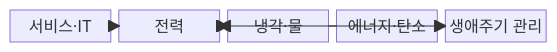
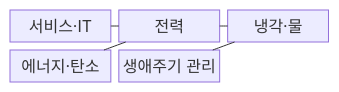
The first of 2 diagrams in src/content/docs/notes/08-latest-tech/197_green_data_center.md (agnusdei1207/knowledge-base), drawn with Mermaid before and after one commit. The commit also changed other lines of this file and 53 other files, not shown here.

````diff
--- a/src/content/docs/notes/08-latest-tech/197_green_data_center.md
+++ b/src/content/docs/notes/08-latest-tech/197_green_data_center.md
@@ -50,13 +50,13 @@
 ```mermaid
 block-beta
-  columns 5
+  columns 3
   A["서비스·IT"]
   B["전력"]
   C["냉각·물"]
   D["에너지·탄소"]
   E["생애주기 관리"]
-  A --> B
-  B --> C
-  D --> B
-  C --> E
+  A --- B
+  B --- C
+  D --- B
+  C --- E
 ```
````
